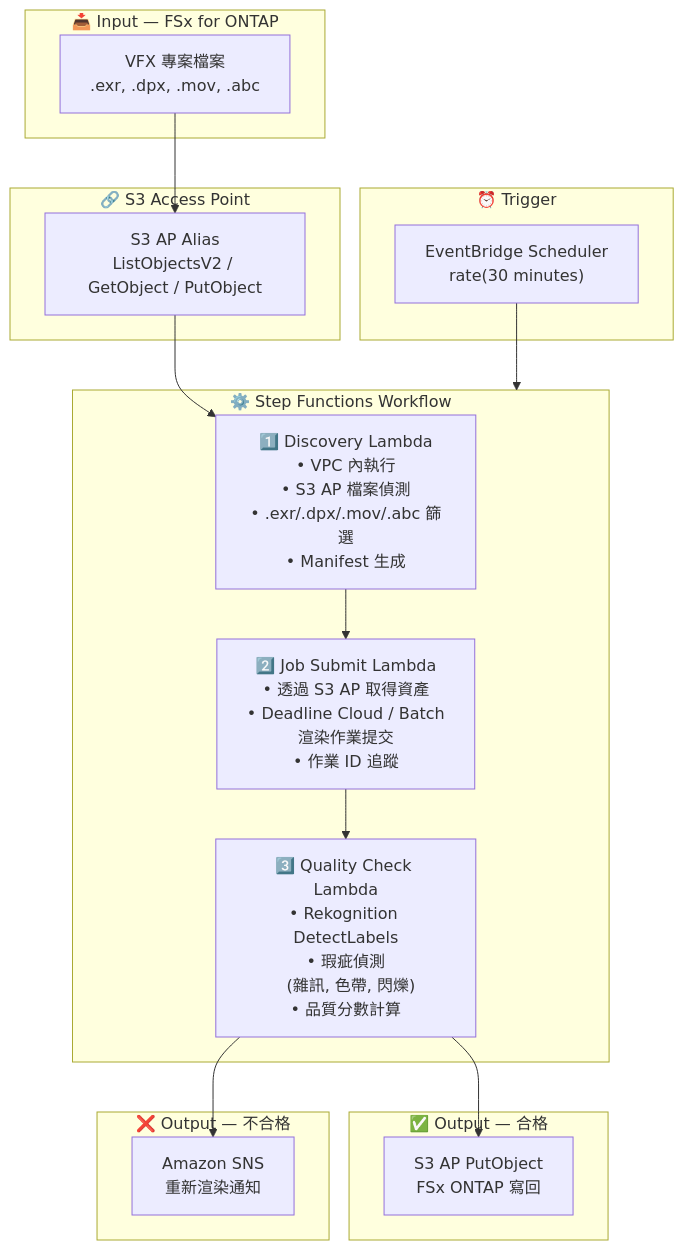
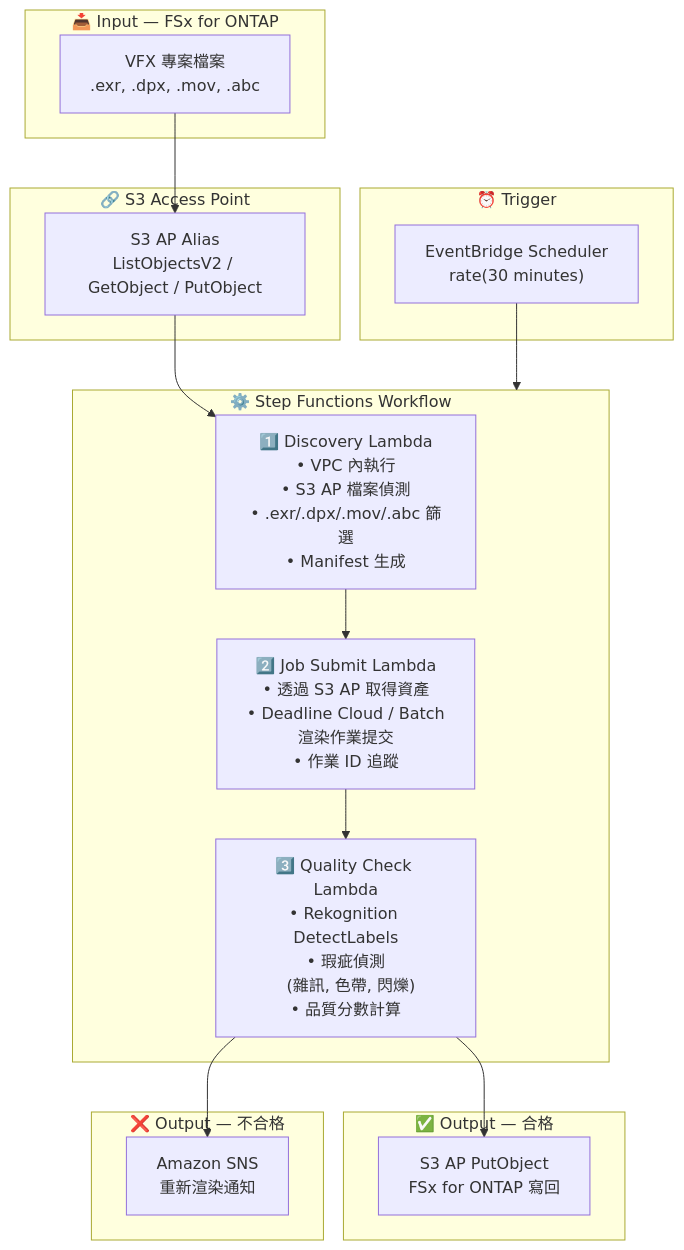
One commit to Yoshiki0705/FSx-for-ONTAP-S3AccessPoints-Serverless-Patterns changed the diagram in media-vfx/docs/architecture.zh-TW.md. Above: the diagram before and after it, drawn with Mermaid. The commit also changed other lines of this file and 752 other files, not shown here.

````diff
--- a/media-vfx/docs/architecture.zh-TW.md
+++ b/media-vfx/docs/architecture.zh-TW.md
@@ -13,36 +13,36 @@
 ```mermaid
 flowchart TB
     subgraph INPUT["📥 Input — FSx for ONTAP"]
         VFX["VFX 專案檔案<br/>.exr, .dpx, .mov, .abc"]
     end
 
     subgraph S3AP["🔗 S3 Access Point"]
         ALIAS["S3 AP Alias<br/>ListObjectsV2 / GetObject / PutObject"]
     end
 
     subgraph TRIGGER["⏰ Trigger"]
         EB["EventBridge Scheduler<br/>rate(30 minutes)"]
     end
 
     subgraph SFN["⚙️ Step Functions Workflow"]
         DISC["1️⃣ Discovery Lambda<br/>• VPC 內執行<br/>• S3 AP 檔案偵測<br/>• .exr/.dpx/.mov/.abc 篩選<br/>• Manifest 生成"]
         JS["2️⃣ Job Submit Lambda<br/>• 透過 S3 AP 取得資產<br/>• Deadline Cloud / Batch<br/>  渲染作業提交<br/>• 作業 ID 追蹤"]
         QC["3️⃣ Quality Check Lambda<br/>• Rekognition DetectLabels<br/>• 瑕疵偵測<br/>  (雜訊, 色帶, 閃爍)<br/>• 品質分數計算"]
     end
 
     subgraph OUTPUT_PASS["✅ Output — 合格"]
-        PUTBACK["S3 AP PutObject<br/>FSx ONTAP 寫回"]
+        PUTBACK["S3 AP PutObject<br/>FSx for ONTAP 寫回"]
     end
 
     subgraph OUTPUT_FAIL["❌ Output — 不合格"]
         SNS["Amazon SNS<br/>重新渲染通知"]
     end
 
     VFX --> ALIAS
     ALIAS --> DISC
     EB --> SFN
     DISC --> JS
     JS --> QC
     QC --> PUTBACK
     QC --> SNS
 ```
````
